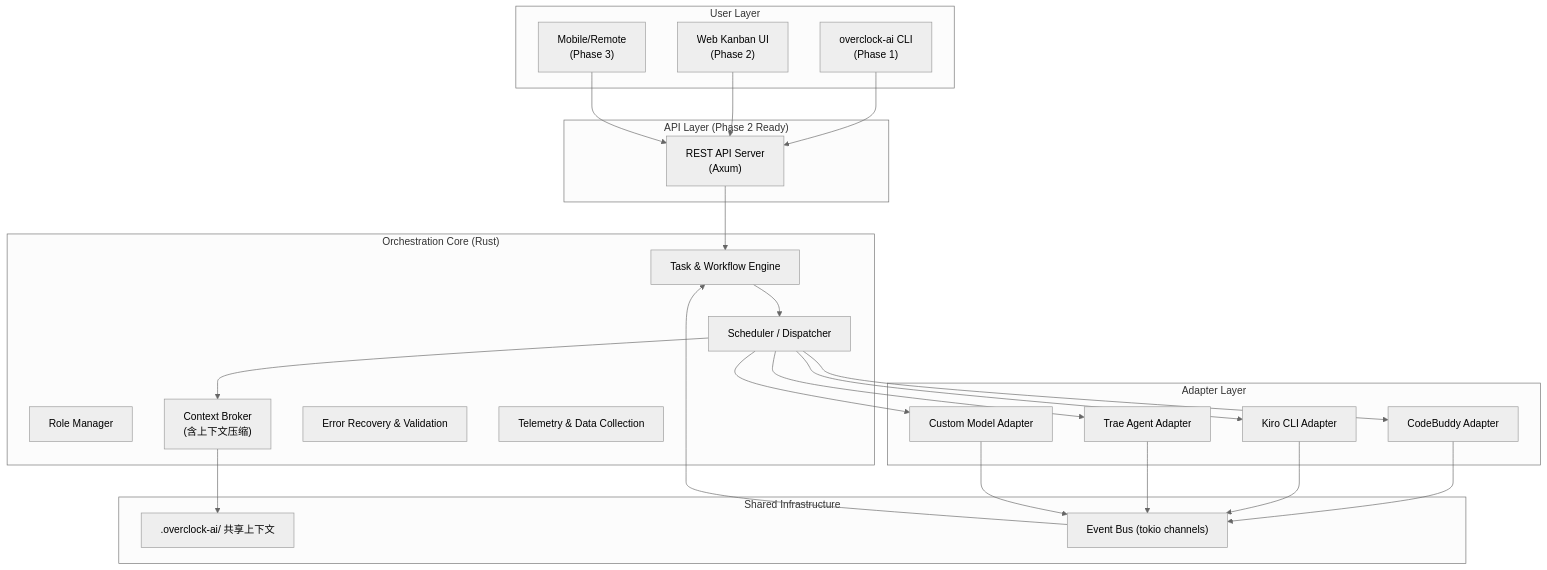
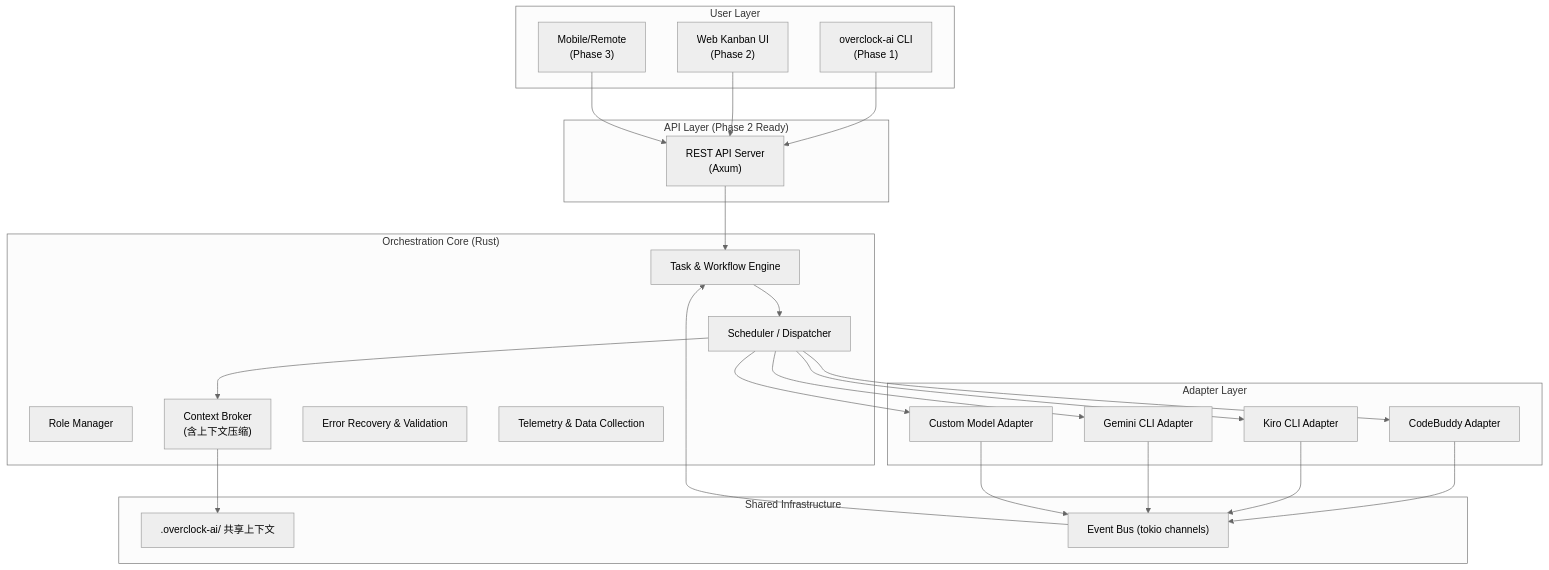
Before and after one commit to tmacychen/overclock-ai: the first of 2 diagrams in docs/architecture.md, drawn with Mermaid (neutral theme). The commit also changed other lines of this file and 2 other files, not shown here.

Commit message:
feat: sync project documentation with latest status

````diff
--- a/docs/architecture.md
+++ b/docs/architecture.md
@@ -30,44 +30,44 @@
 ```mermaid
 graph TB
     subgraph "User Layer"
         CLI["overclock-ai CLI<br/>(Phase 1)"]
         WebUI["Web Kanban UI<br/>(Phase 2)"]
         MobileApp["Mobile/Remote<br/>(Phase 3)"]
     end
 
     subgraph "API Layer (Phase 2 Ready)"
         REST["REST API Server<br/>(Axum)"]
     end
 
     subgraph "Orchestration Core (Rust)"
         TaskEngine["Task & Workflow Engine"]
         RoleManager["Role Manager"]
         Scheduler["Scheduler / Dispatcher"]
         ContextBroker["Context Broker<br/>(含上下文压缩)"]
         RecoverySystem["Error Recovery & Validation"]
         Telemetry["Telemetry & Data Collection"]
     end
 
     subgraph "Adapter Layer"
         A1["CodeBuddy Adapter"]
         A2["Kiro CLI Adapter"]
-        A3["Trae Agent Adapter"]
+        A3["Gemini CLI Adapter"]
         A4["Custom Model Adapter"]
     end
 
     subgraph "Shared Infrastructure"
         SharedCtx[".overclock-ai/ 共享上下文"]
         EventBus["Event Bus (tokio channels)"]
     end
 
     CLI --> REST
     WebUI --> REST
     MobileApp --> REST
     REST --> TaskEngine
     TaskEngine --> Scheduler
     Scheduler --> ContextBroker
     ContextBroker --> SharedCtx
     Scheduler --> A1 & A2 & A3 & A4
     A1 & A2 & A3 & A4 --> EventBus
     EventBus --> TaskEngine
 ```
````
